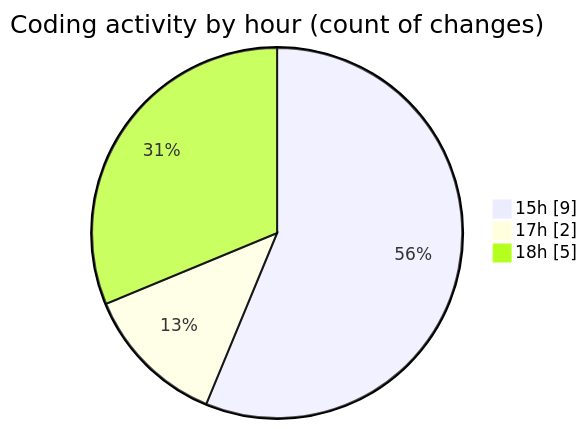
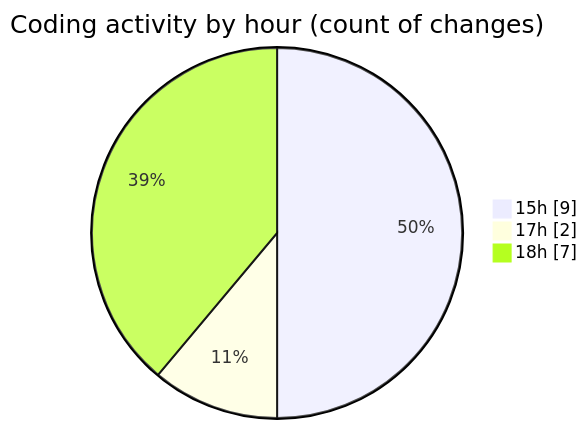
The second of 2 diagrams in 2026-05-22/nxtqube_webapp/README.md (nxtqubesakshisongat/code-tracking), drawn with Mermaid before and after one commit. The commit also changed other lines of this file and 1 other file, not shown here.

````diff
--- a/2026-05-22/nxtqube_webapp/README.md
+++ b/2026-05-22/nxtqube_webapp/README.md
@@ -31,7 +31,7 @@
 ```mermaid
 pie showData
 title Coding activity by hour (count of changes)
 "15h" : 9
 "17h" : 2
-"18h" : 5
+"18h" : 7
 ```
````
